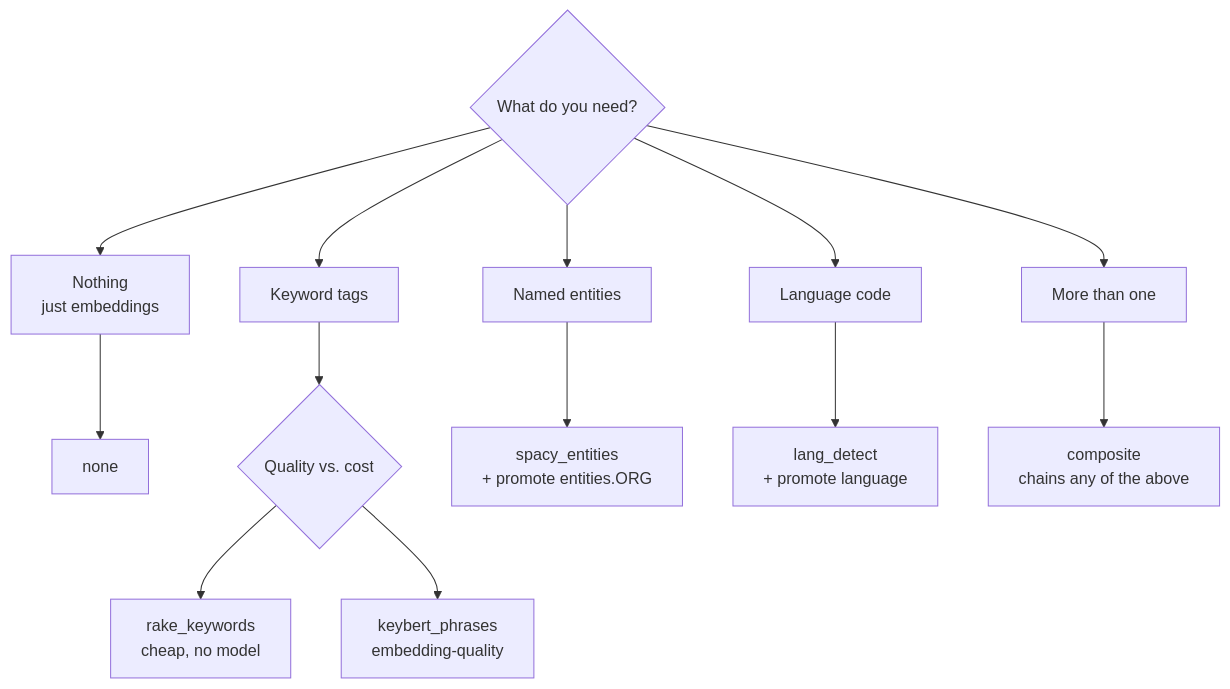
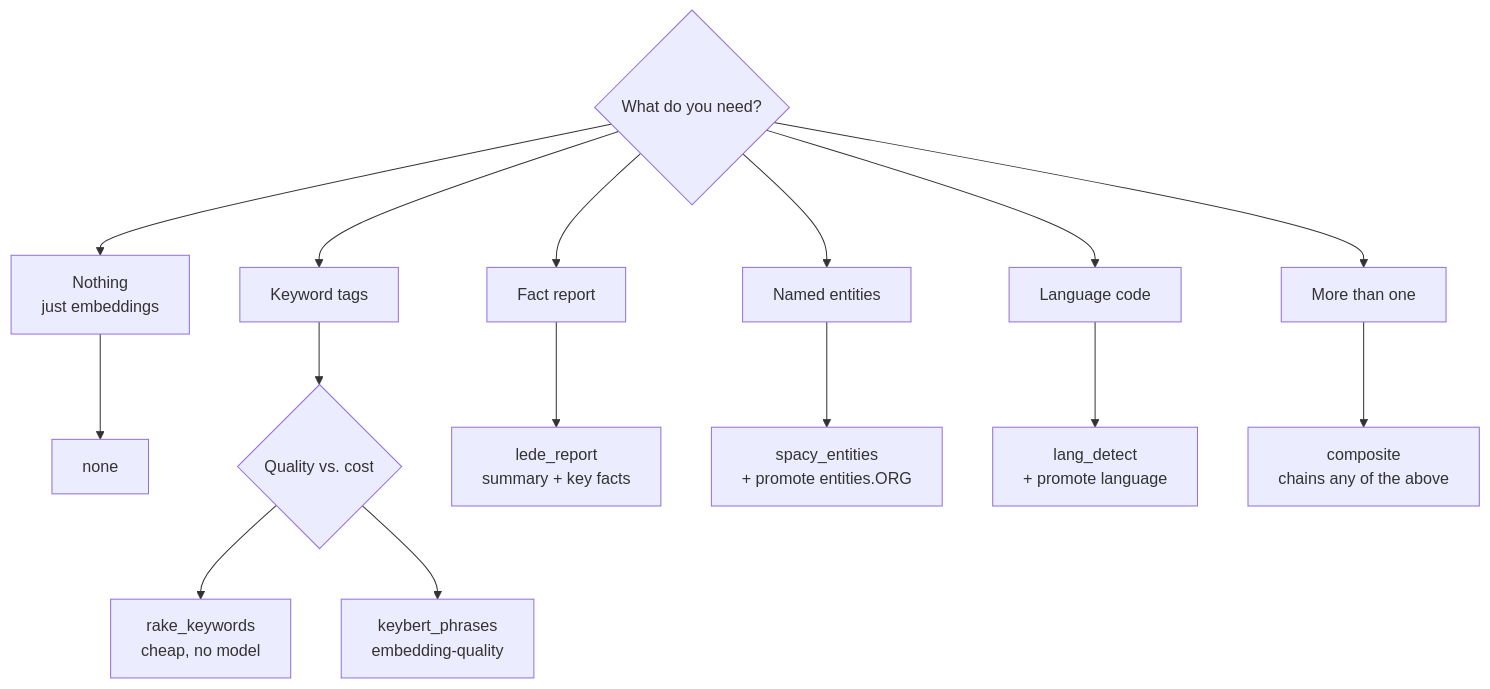
Before and after one commit to yonk-labs/chunkshop: the diagram in docs/extractors.md, drawn with Mermaid. The commit also changed other lines of this file and 122 other files, not shown here.

````diff
--- a/docs/extractors.md
+++ b/docs/extractors.md
@@ -491,16 +594,18 @@
 ```mermaid
 flowchart TB
     Q{What do you need?}
     Q --> NONE[Nothing<br/>just embeddings]
     Q --> TAGS[Keyword tags]
+    Q --> FACTS[Fact report]
     Q --> NAMED[Named entities]
     Q --> LANG[Language code]
     Q --> MANY[More than one]
     NONE --> N[none]
     TAGS --> T{Quality vs. cost}
     T --> RAKE[rake_keywords<br/>cheap, no model]
     T --> KB[keybert_phrases<br/>embedding-quality]
+    FACTS --> LR[lede_report<br/>summary + key facts]
     NAMED --> SP[spacy_entities<br/>+ promote entities.ORG]
     LANG --> LD[lang_detect<br/>+ promote language]
     MANY --> COMP[composite<br/>chains any of the above]
 ```
````
